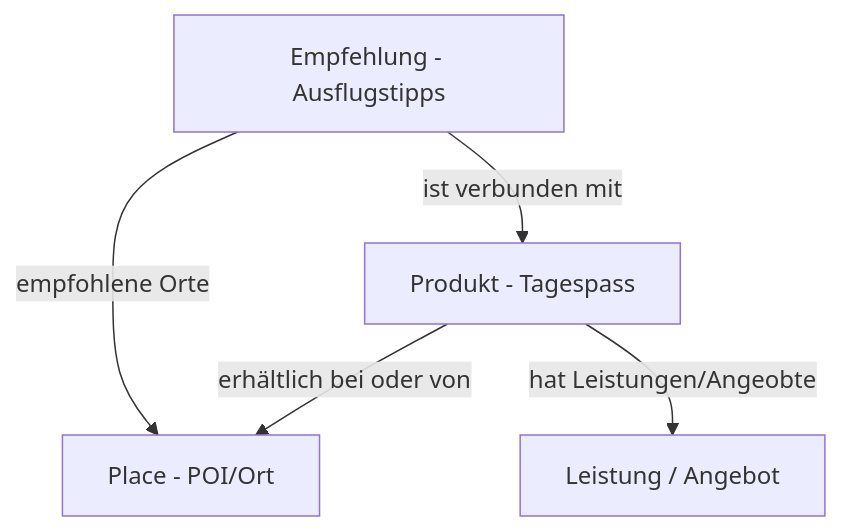
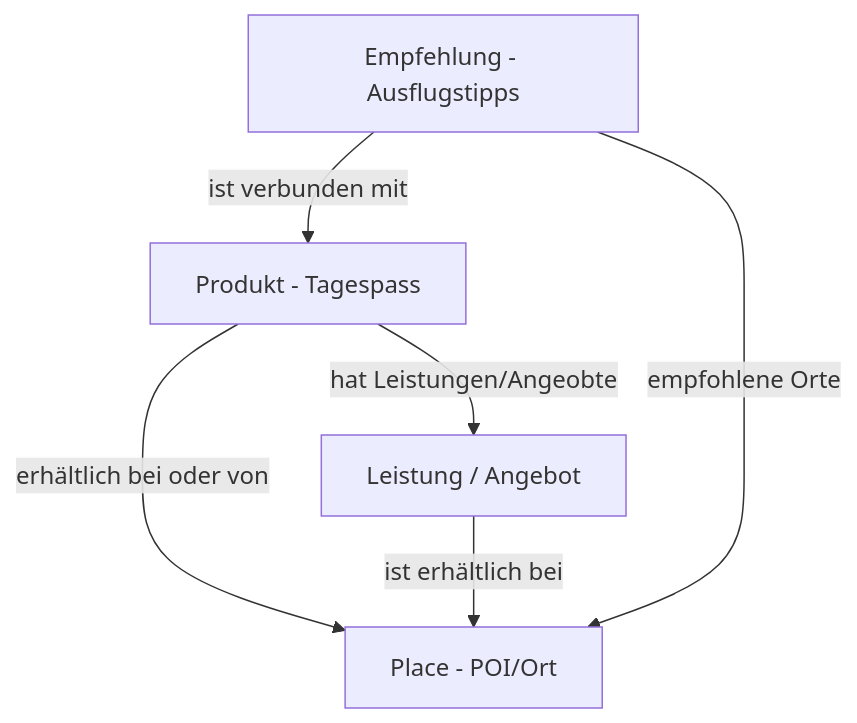
One commit to tsolenthaler/docs.contentdesk.io changed the first of 3 diagrams in docs/dev/projects/glarnerlandApp.md. Above: the diagram before and after it, drawn with Mermaid. The commit also changed other lines of this file and 1 other file, not shown here.

Commit message:
Refactor file paths and update navigation in mkdocs.yml

````diff
--- a/docs/dev/projects/glarnerlandApp.md
+++ b/docs/dev/projects/glarnerlandApp.md
@@ -12,9 +12,11 @@
 ``` mermaid
 graph TD
     Product[Produkt - Tagespass]-->|erhältlich bei oder von|Place[Place - POI/Ort]
+    Product -->|hat Leistungen/Angeobte|Offer
+    Offer[Leistung / Angebot]
+    Offer -->|ist erhältlich bei|Place
 
     Recommendation[Empfehlung - Ausflugstipps] -->|empfohlene Orte|Place
     Recommendation -->|ist verbunden mit|Product
-    Product -->|hat Leistungen/Angeobte|Offer
-    Offer[Leistung / Angebot]
+    
 ```
````
